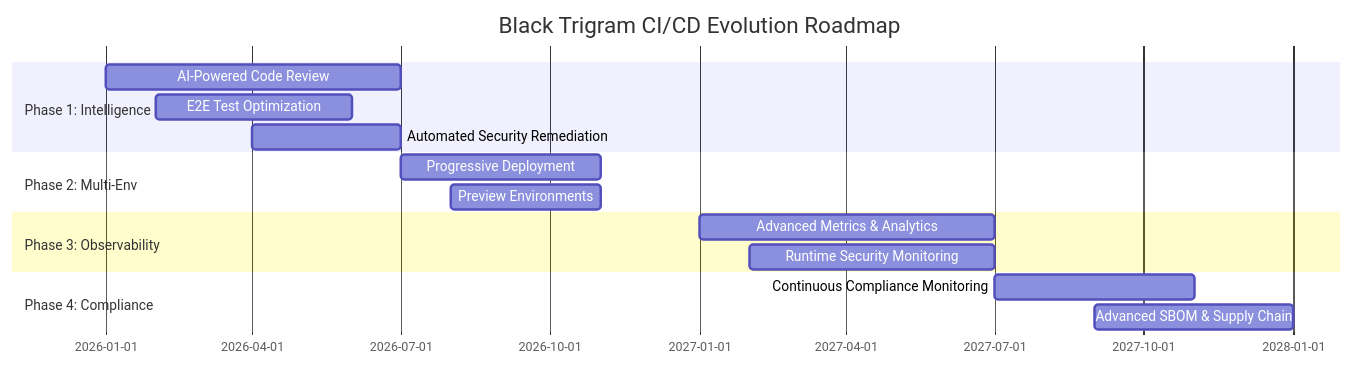
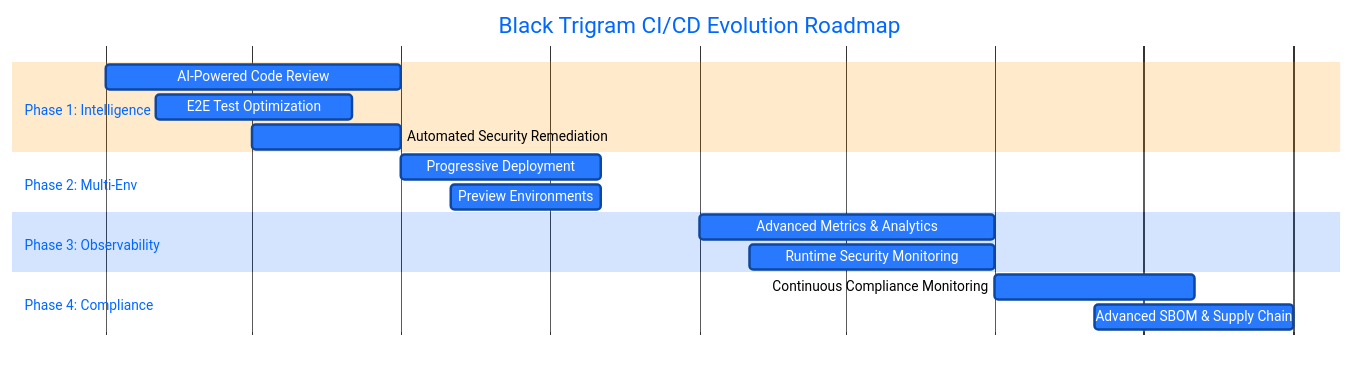
Before and after one commit to Hack23/blacktrigram: the diagram in FUTURE_WORKFLOWS.md, drawn with Mermaid. The commit also changed 20 other files, not shown here.

First line of the commit message:
fix: add theme init directives to all 215 mermaid blocks and fix dark/light mode colors

````diff
--- a/FUTURE_WORKFLOWS.md
+++ b/FUTURE_WORKFLOWS.md
@@ -586,21 +586,22 @@
 ```mermaid
+%%{init: {'theme':'base', 'themeVariables': {'primaryColor':'#2979FF','primaryTextColor':'#fff','primaryBorderColor':'#0D47A1','lineColor':'#455A64','secondaryColor':'#4CAF50','tertiaryColor':'#FF9800','taskBkgColor':'#2979FF','taskTextColor':'#fff','taskTextDarkColor':'#fff','taskTextOutsideColor':'#000','activeTaskBkgColor':'#00C853','activeTaskBorderColor':'#00796B','doneTaskBkgColor':'#4CAF50','doneTaskBorderColor':'#2E7D32','critBkgColor':'#D32F2F','critBorderColor':'#B71C1C'}}}%%
 gantt
     title Black Trigram CI/CD Evolution Roadmap
     dateFormat YYYY-MM
     section Phase 1: Intelligence
     AI-Powered Code Review           :2026-01, 6M
     E2E Test Optimization             :2026-02, 4M
     Automated Security Remediation    :2026-04, 3M
     
     section Phase 2: Multi-Env
     Progressive Deployment            :2026-07, 4M
     Preview Environments              :2026-08, 3M
     
     section Phase 3: Observability
     Advanced Metrics & Analytics      :2027-01, 6M
     Runtime Security Monitoring       :2027-02, 5M
     
     section Phase 4: Compliance
     Continuous Compliance Monitoring  :2027-07, 4M
     Advanced SBOM & Supply Chain      :2027-09, 4M
 ```
````
